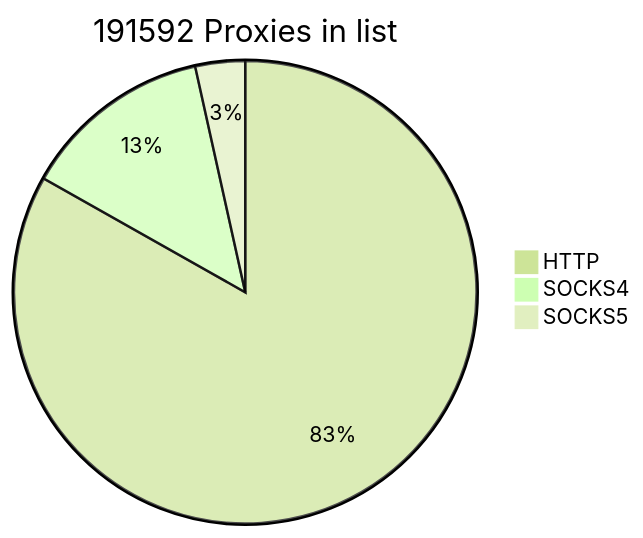
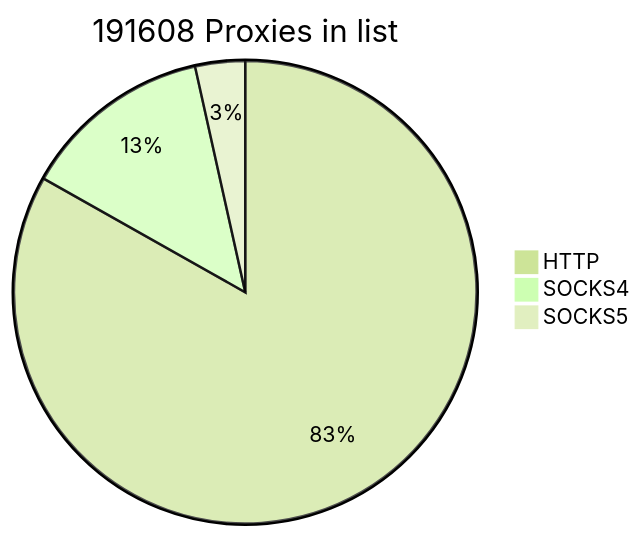
The first of 2 diagrams in README.md (cutipu/proxylist), drawn with Mermaid (forest theme) before and after one commit. The commit also changed other lines of this file, not shown here.

````diff
--- a/README.md
+++ b/README.md
@@ -2,7 +2,7 @@
 ```mermaid
-pie title 191592 Proxies in list
+pie title 191608 Proxies in list
     "HTTP" : 159362
     "SOCKS4" : 25571
-    "SOCKS5" : 6659
+    "SOCKS5" : 6675
             
 ```
````
